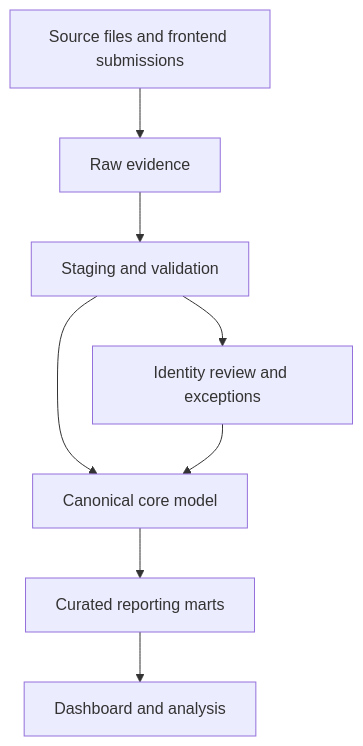
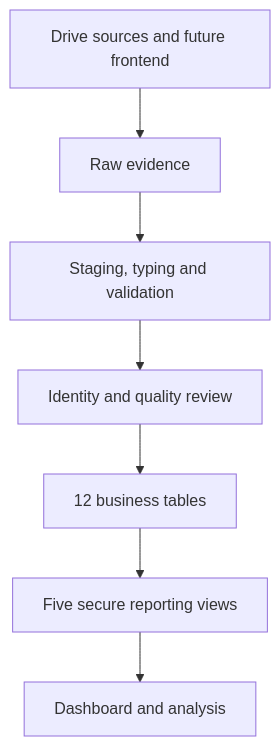
The diagram in docs/data-architecture.md (VoiceofNeedyFoundation/von-integrated-data-system), drawn with Mermaid before and after one commit. The commit also changed other lines of this file, not shown here.

Commit message:
Simplify architecture and use reporting views

````diff
--- a/docs/data-architecture.md
+++ b/docs/data-architecture.md
@@ -9,10 +7,9 @@
 ```mermaid
 flowchart TD
-    A["Source files and frontend submissions"] --> B["Raw evidence"]
-    B --> C["Staging and validation"]
-    C --> D["Identity review and exceptions"]
-    C --> E["Canonical core model"]
-    D --> E
-    E --> F["Curated reporting marts"]
+    A["Drive sources and future frontend"] --> B["Raw evidence"]
+    B --> C["Staging, typing and validation"]
+    C --> D["Identity and quality review"]
+    D --> E["12 business tables"]
+    E --> F["Five secure reporting views"]
     F --> G["Dashboard and analysis"]
 ```
````
